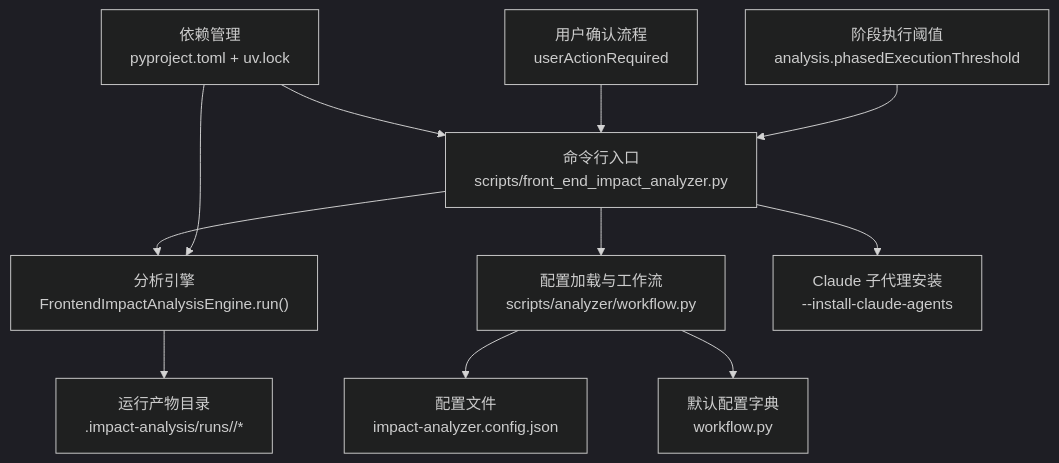
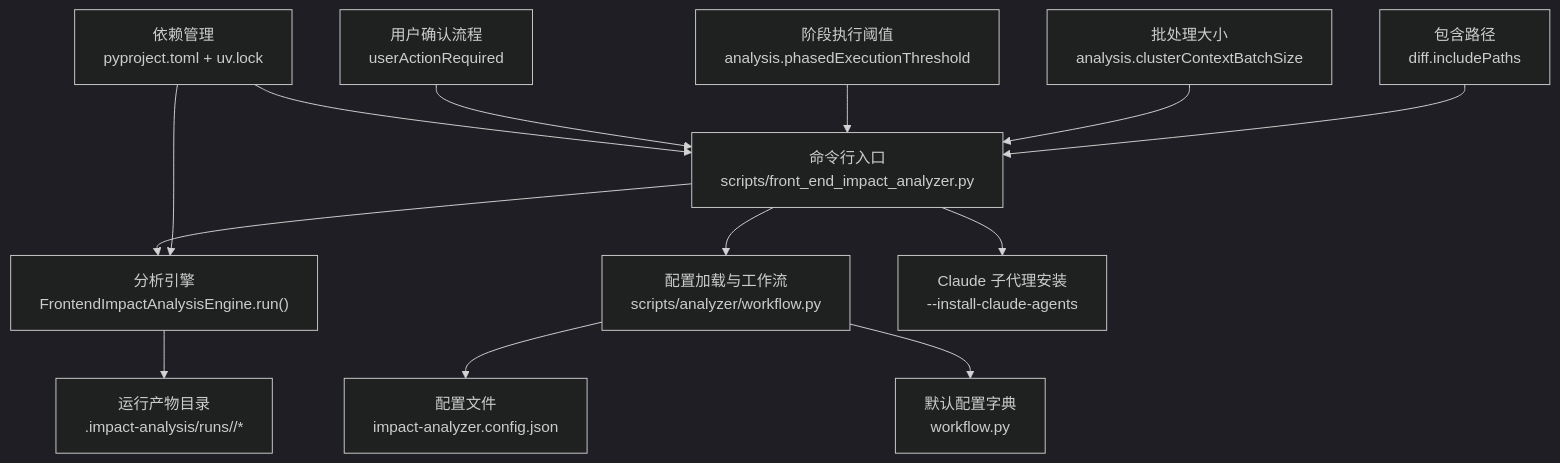
The first of 3 diagrams in .qoder/repowiki/zh/content/API参考/配置选项.md (brand-new-remo/frontend-impact-analyzer), drawn with Mermaid (dark theme) before and after one commit. The commit also changed other lines of this file and 13 other files, not shown here.

````diff
--- a/.qoder/repowiki/zh/content/API参考/配置选项.md
+++ b/.qoder/repowiki/zh/content/API参考/配置选项.md
@@ -53,13 +55,15 @@
 ```mermaid
 graph TB
 CLI["命令行入口<br/>scripts/front_end_impact_analyzer.py"] --> WF["配置加载与工作流<br/>scripts/analyzer/workflow.py"]
 WF --> CFG["默认配置字典<br/>workflow.py"]
 WF --> FS["配置文件<br/>impact-analyzer.config.json"]
 CLI --> ENG["分析引擎<br/>FrontendImpactAnalysisEngine.run()"]
 ENG --> ART["运行产物目录<br/>.impact-analysis/runs/<runId>/*"]
 CLI --> AGI["Claude 子代理安装<br/>--install-claude-agents"]
 UV["依赖管理<br/>pyproject.toml + uv.lock"] --> CLI
 UV --> ENG
 UA["用户确认流程<br/>userActionRequired"] --> CLI
 PH["阶段执行阈值<br/>analysis.phasedExecutionThreshold"] --> CLI
+CB["批处理大小<br/>analysis.clusterContextBatchSize"] --> CLI
+IP["包含路径<br/>diff.includePaths"] --> CLI
 ```
````
